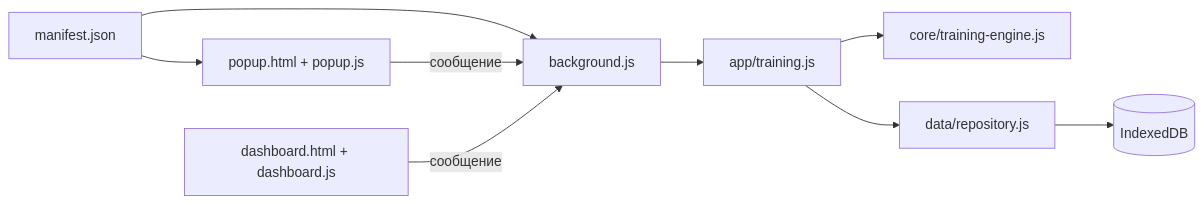
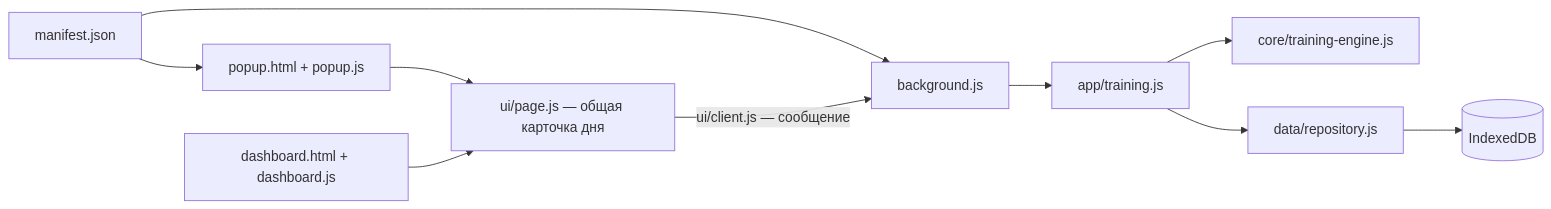
Before and after one commit to joerude/lichess-training: the diagram in docs/learning/first-working-addon.md, drawn with Mermaid. The commit also changed other lines of this file and 7 other files, not shown here.

````diff
--- a/docs/learning/first-working-addon.md
+++ b/docs/learning/first-working-addon.md
@@ -7,11 +7,12 @@
 ```mermaid
 flowchart LR
   M[manifest.json] --> P[popup.html + popup.js]
   M --> B[background.js]
-  P -->|сообщение| B
-  D[dashboard.html + dashboard.js] -->|сообщение| B
+  P --> S[ui/page.js — общая карточка дня]
+  D[dashboard.html + dashboard.js] --> S
+  S -->|ui/client.js — сообщение| B
   B --> T[app/training.js]
   T --> C[core/training-engine.js]
   T --> R[data/repository.js]
   R --> DB[(IndexedDB)]
 ```
````
